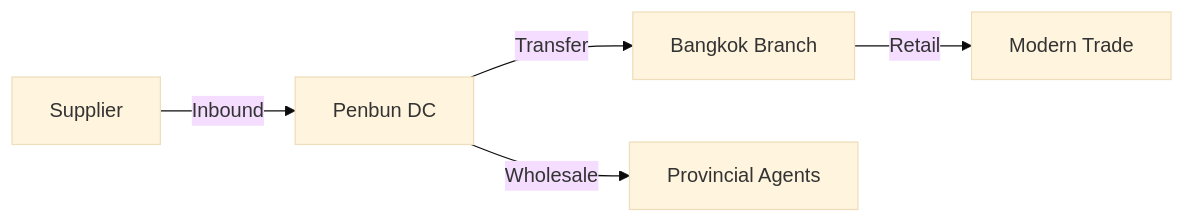
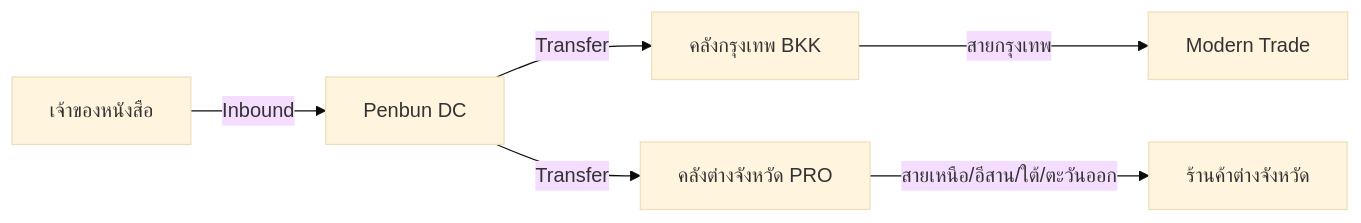
The second of 2 diagrams in README.md (playxdev/PenbunSQL), drawn with Mermaid (base theme) before and after one commit. The commit also changed other lines of this file and 8 other files, not shown here.

````diff
--- a/README.md
+++ b/README.md
@@ -68,15 +135,17 @@
 ```mermaid
 flowchart LR
-    Supplier[Supplier]
+    Supplier[เจ้าของหนังสือ]
     DC[Penbun DC]
-    Branch[Bangkok Branch]
+    Branch[คลังกรุงเทพ BKK]
+    PRO[คลังต่างจังหวัด PRO]
 
-    Agents[Provincial Agents]
+    Agents[ร้านค้าต่างจังหวัด]
     Modern[Modern Trade]
 
     Supplier -->|Inbound| DC
     DC -->|Transfer| Branch
+    DC -->|Transfer| PRO
 
-    DC -->|Wholesale| Agents
-    Branch -->|Retail| Modern
+    PRO -->|สายเหนือ/อีสาน/ใต้/ตะวันออก| Agents
+    Branch -->|สายกรุงเทพ| Modern
 ```
````
